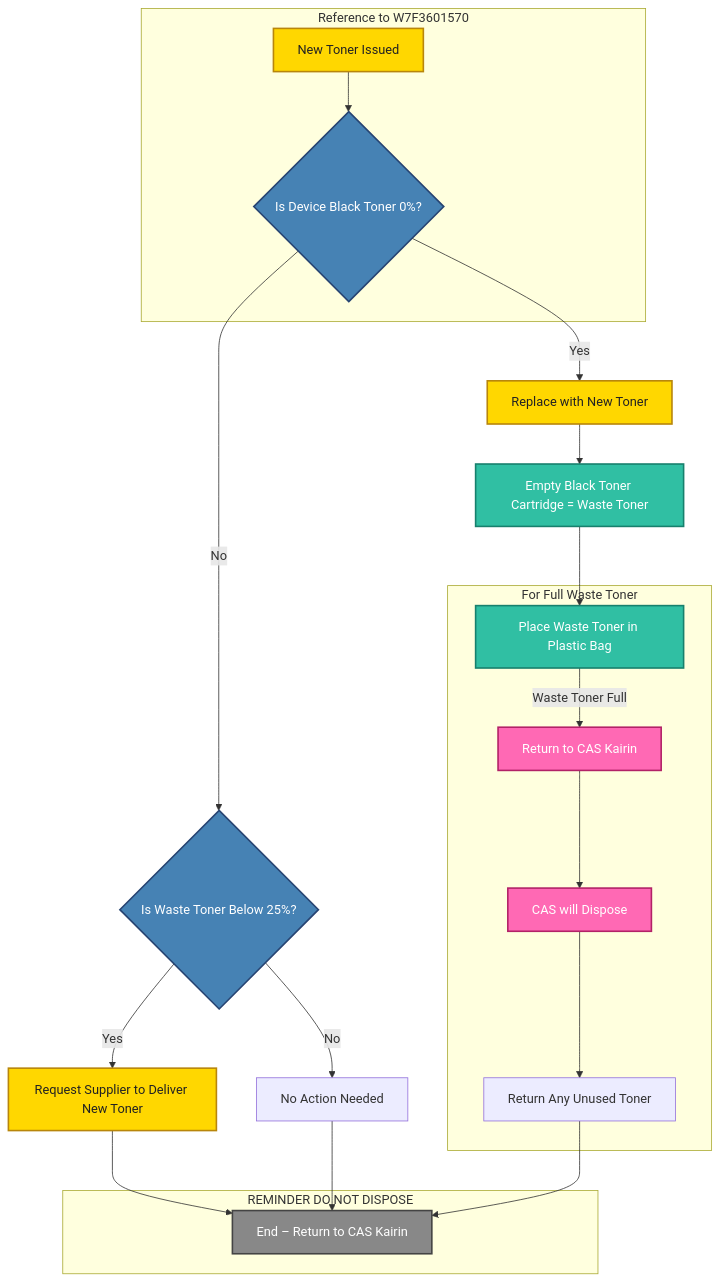
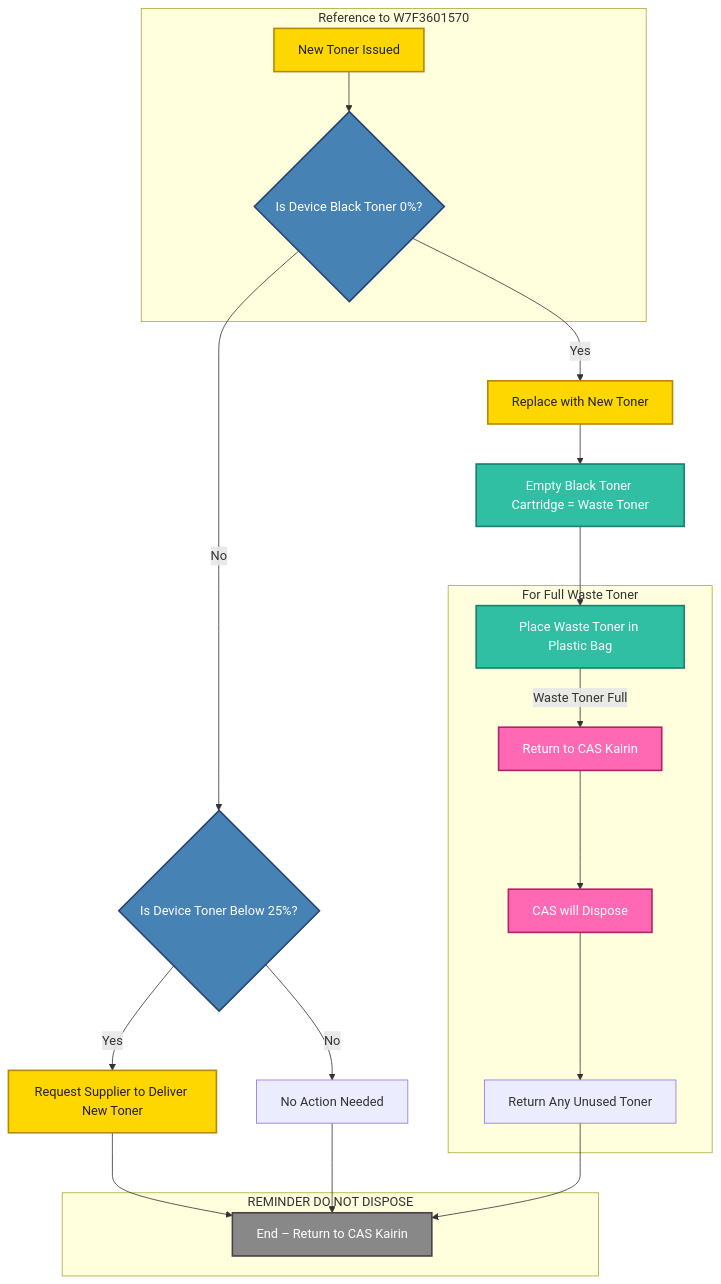
The diagram in CAS/Kyocera/disposal2.md (kairin/mermaid), drawn with Mermaid before and after one commit.

````diff
--- a/CAS/Kyocera/disposal2.md
+++ b/CAS/Kyocera/disposal2.md
@@ -1,48 +1,48 @@
 ```mermaid
 
 graph TD
     A[New Toner Issued] --> B{Is Device Black Toner 0%?}
     B -- Yes --> C[Replace with New Toner]
     C --> D[Empty Black Toner Cartridge = Waste Toner]
     D --> E[Place Waste Toner in Plastic Bag]
-    B -- No --> L{Is Waste Toner Below 25%?}
+    B -- No --> L{Is Device Toner Below 25%?}
     L -- Yes --> M[Request Supplier to Deliver New Toner]
     M --> K[End – Return to CAS Kairin]
     L -- No --> J[No Action Needed]
     J --> K
     E -- Waste Toner Full --> G[Return to CAS Kairin]
     G --> H[CAS will Dispose]
     H --> I[Return Any Unused Toner]
     I --> K
 
     subgraph "Reference to W7F3601570"
         A
         B
     end
     subgraph "For Full Waste Toner"
         E
         G
         H
         I
     end
     subgraph "REMINDER DO NOT DISPOSE"
         K
     end
 
 
 
     %% Improved Class Definitions for Styling
     classDef important fill:#FFD700,stroke:#B8860B,stroke-width:2px,color:#222
     classDef decision fill:#4682B4,stroke:#274472,stroke-width:2px,color:#fff
     classDef process fill:#30bfa3,stroke:#17806D,stroke-width:2px,color:#fff
     classDef disposal fill:#FF69B4,stroke:#B22267,stroke-width:2px,color:#fff
     classDef endNode fill:#888888,stroke:#444444,stroke-width:2px,color:#fff
 
     %% Applying Classes to Nodes
     class A,C,M important
     class B,L decision
     class D,E process
     class G,H disposal
     class K endNode
 
 ```
````
